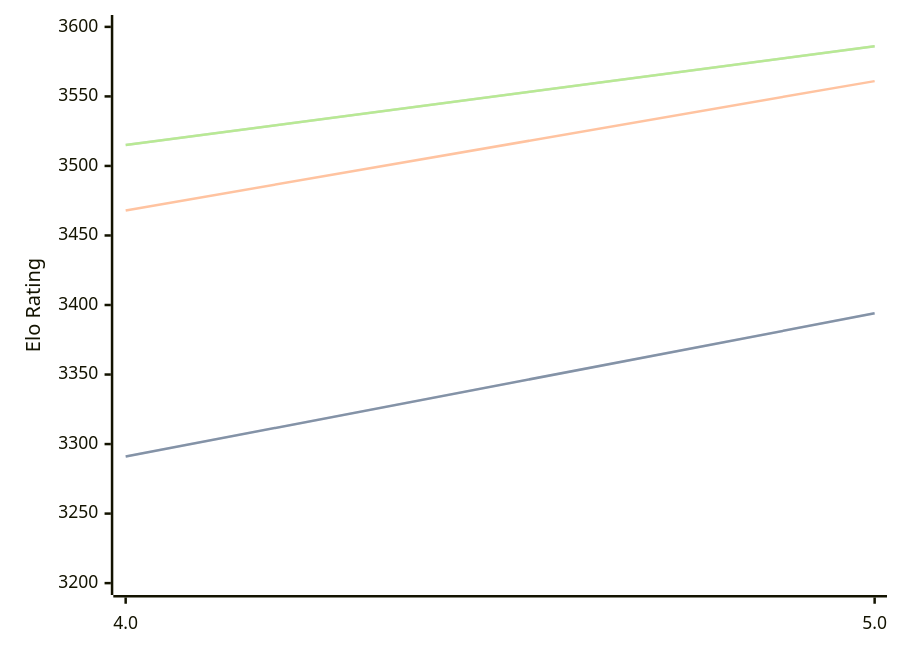
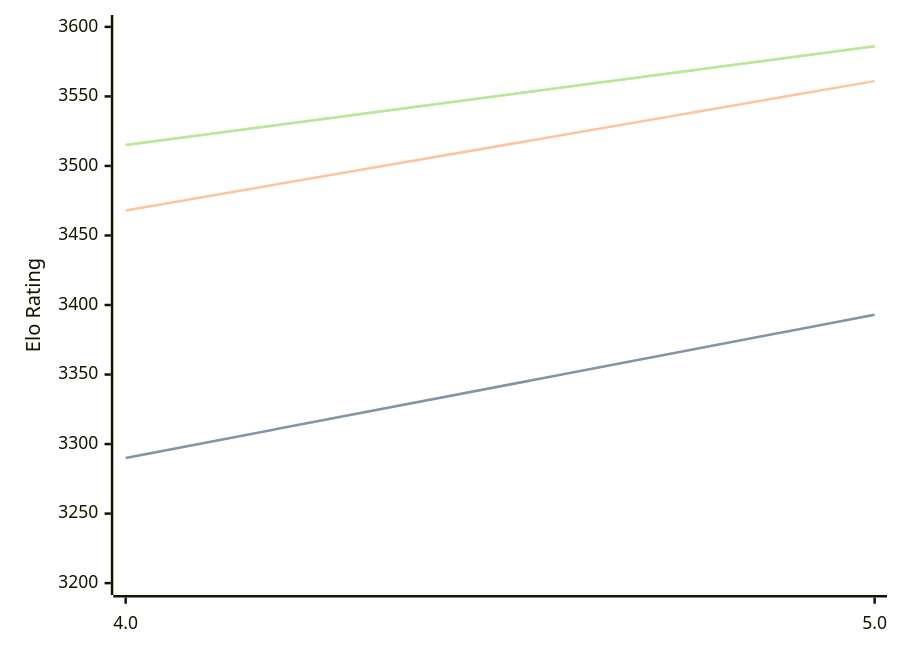
One commit to computer-chess-index/cci changed the diagram in engines/Tarnished.md. Above: the diagram before and after it, drawn with Mermaid. The commit also changed other lines of this file, not shown here.

````diff
--- a/engines/Tarnished.md
+++ b/engines/Tarnished.md
@@ -34,11 +34,11 @@
 ```mermaid
 %%{init: {"theme":"base","themeVariables":{"seriesColors:['#a3a3a3','#222221','#faa371']}}}%%
 xychart-beta
   x-axis ["4.0", "5.0"]
   y-axis "Elo Rating" 3200 --> 3600
-  line "STC (8.0+0.08s)" [3291, 3394]
-  line "STC (8.0+0.08s)" [3291, 3394]
+  line "STC (8.0+0.08s)" [3290, 3393]
+  line "STC (8.0+0.08s)" [3290, 3393]
   line "LTC (60.0+0.60s)" [3468, 3561]
   line "VLTC (2m24s+1.12s)" [3515, 3586]
   line "VLTC (2m24s+1.12s)" [3515, 3586]
 ```
````
